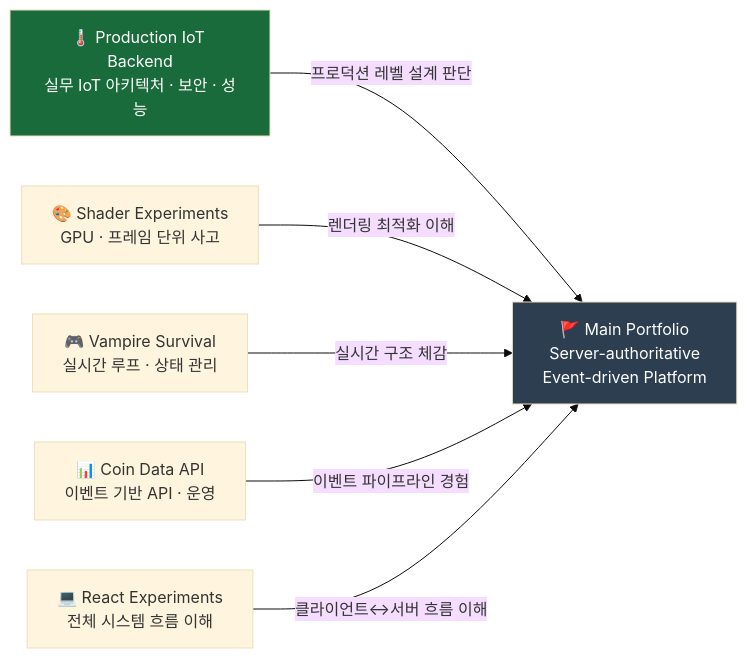
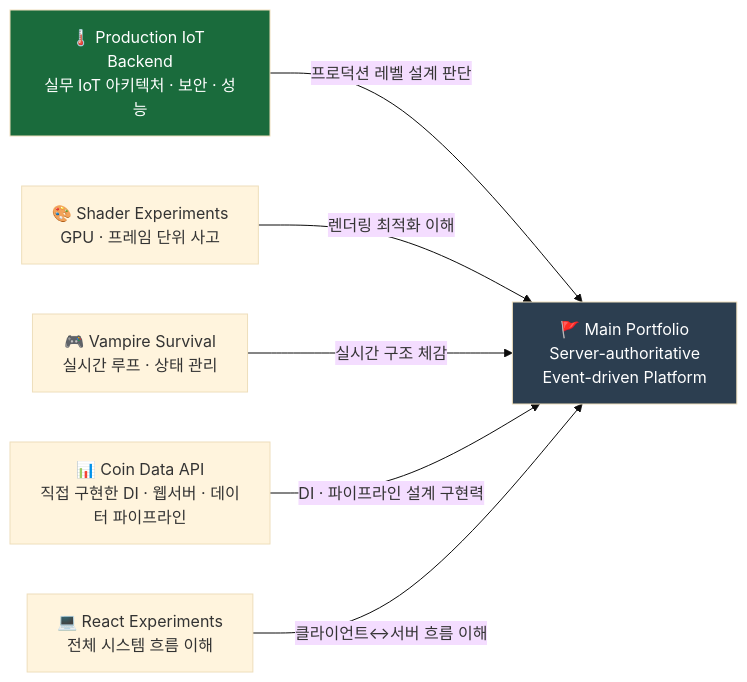
The fourth of 8 diagrams in README.md (1985jwlee/overview), drawn with Mermaid (base theme) before and after one commit. The commit also changed other lines of this file, not shown here.

````diff
--- a/README.md
+++ b/README.md
@@ -111,19 +111,19 @@
 ```mermaid
 graph LR
     MAIN["🚩 Main Portfolio<br/>Server-authoritative<br/>Event-driven Platform"]
 
     IOT["🌡️ Production IoT Backend<br/>실무 IoT 아키텍처 · 보안 · 성능"]
     SHADER["🎨 Shader Experiments<br/>GPU · 프레임 단위 사고"]
     VAMPIRE["🎮 Vampire Survival<br/>실시간 루프 · 상태 관리"]
-    COIN["📊 Coin Data API<br/>이벤트 기반 API · 운영"]
+    COIN["📊 Coin Data API<br/>직접 구현한 DI · 웹서버 · 데이터 파이프라인"]
     REACT["💻 React Experiments<br/>전체 시스템 흐름 이해"]
 
     IOT -->|프로덕션 레벨 설계 판단| MAIN
     SHADER -->|렌더링 최적화 이해| MAIN
     VAMPIRE -->|실시간 구조 체감| MAIN
-    COIN -->|이벤트 파이프라인 경험| MAIN
+    COIN -->|DI · 파이프라인 설계 구현력| MAIN
     REACT -->|클라이언트↔서버 흐름 이해| MAIN
 
     style MAIN fill:#2c3e50,color:#fff
     style IOT fill:#1a6b3c,color:#fff
 ```
````
